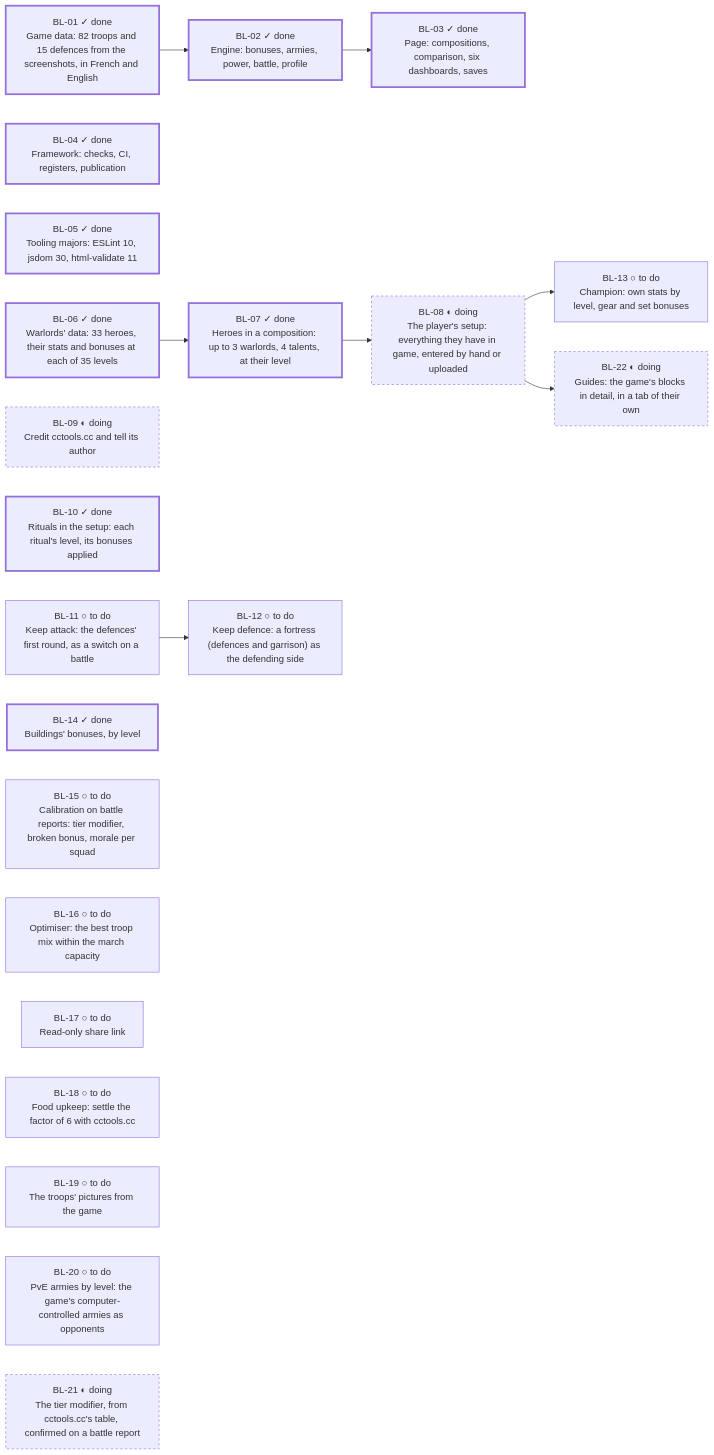
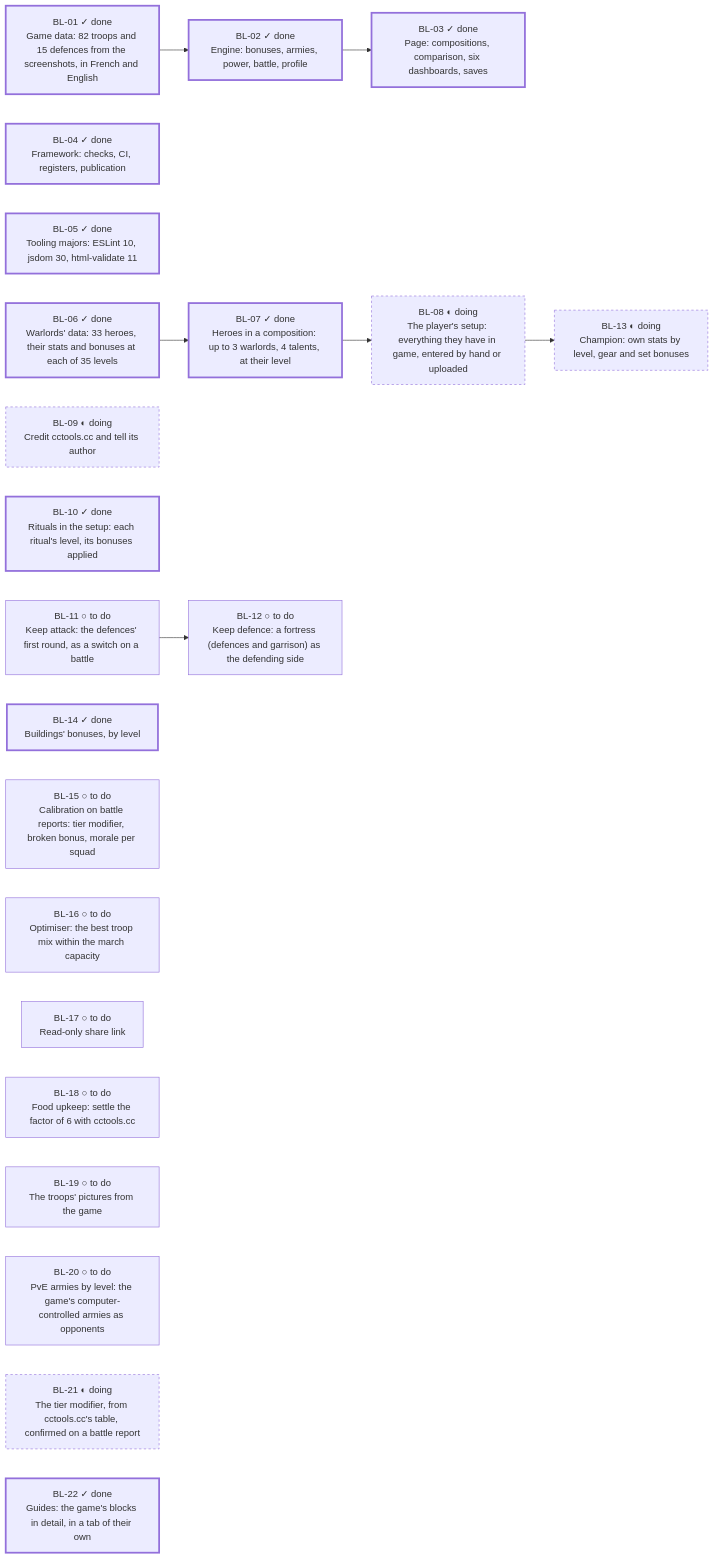
The diagram in docs/backlog.md (FrtZi/army-simulator), drawn with Mermaid before and after one commit. The commit also changed other lines of this file and 22 other files, not shown here.

````diff
--- a/docs/backlog.md
+++ b/docs/backlog.md
@@ -41,35 +41,34 @@
 ```mermaid
 flowchart LR
   BL01["BL-01 ✓ done<br/>Game data: 82 troops and 15 defences from the screenshots, in French and English"]:::done
   BL02["BL-02 ✓ done<br/>Engine: bonuses, armies, power, battle, profile"]:::done
   BL01 --> BL02
   BL03["BL-03 ✓ done<br/>Page: compositions, comparison, six dashboards, saves"]:::done
   BL02 --> BL03
   BL04["BL-04 ✓ done<br/>Framework: checks, CI, registers, publication"]:::done
   BL05["BL-05 ✓ done<br/>Tooling majors: ESLint 10, jsdom 30, html-validate 11"]:::done
   BL06["BL-06 ✓ done<br/>Warlords' data: 33 heroes, their stats and bonuses at each of 35 levels"]:::done
   BL07["BL-07 ✓ done<br/>Heroes in a composition: up to 3 warlords, 4 talents, at their level"]:::done
   BL06 --> BL07
   BL08["BL-08 ◐ doing<br/>The player's setup: everything they have in game, entered by hand or uploaded"]:::doing
   BL07 --> BL08
   BL09["BL-09 ◐ doing<br/>Credit cctools.cc and tell its author"]:::doing
   BL10["BL-10 ✓ done<br/>Rituals in the setup: each ritual's level, its bonuses applied"]:::done
   BL11["BL-11 ○ to do<br/>Keep attack: the defences' first round, as a switch on a battle"]:::todo
   BL12["BL-12 ○ to do<br/>Keep defence: a fortress (defences and garrison) as the defending side"]:::todo
   BL11 --> BL12
-  BL13["BL-13 ○ to do<br/>Champion: own stats by level, gear and set bonuses"]:::todo
+  BL13["BL-13 ◐ doing<br/>Champion: own stats by level, gear and set bonuses"]:::doing
   BL08 --> BL13
   BL14["BL-14 ✓ done<br/>Buildings' bonuses, by level"]:::done
   BL15["BL-15 ○ to do<br/>Calibration on battle reports: tier modifier, broken bonus, morale per squad"]:::todo
   BL16["BL-16 ○ to do<br/>Optimiser: the best troop mix within the march capacity"]:::todo
   BL17["BL-17 ○ to do<br/>Read-only share link"]:::todo
   BL18["BL-18 ○ to do<br/>Food upkeep: settle the factor of 6 with cctools.cc"]:::todo
   BL19["BL-19 ○ to do<br/>The troops' pictures from the game"]:::todo
   BL20["BL-20 ○ to do<br/>PvE armies by level: the game's computer-controlled armies as opponents"]:::todo
   BL21["BL-21 ◐ doing<br/>The tier modifier, from cctools.cc's table, confirmed on a battle report"]:::doing
-  BL22["BL-22 ◐ doing<br/>Guides: the game's blocks in detail, in a tab of their own"]:::doing
-  BL08 --> BL22
+  BL22["BL-22 ✓ done<br/>Guides: the game's blocks in detail, in a tab of their own"]:::done
   classDef done stroke-width:3px
   classDef doing stroke-dasharray:4
   classDef todo stroke-width:1px
 ```
````
